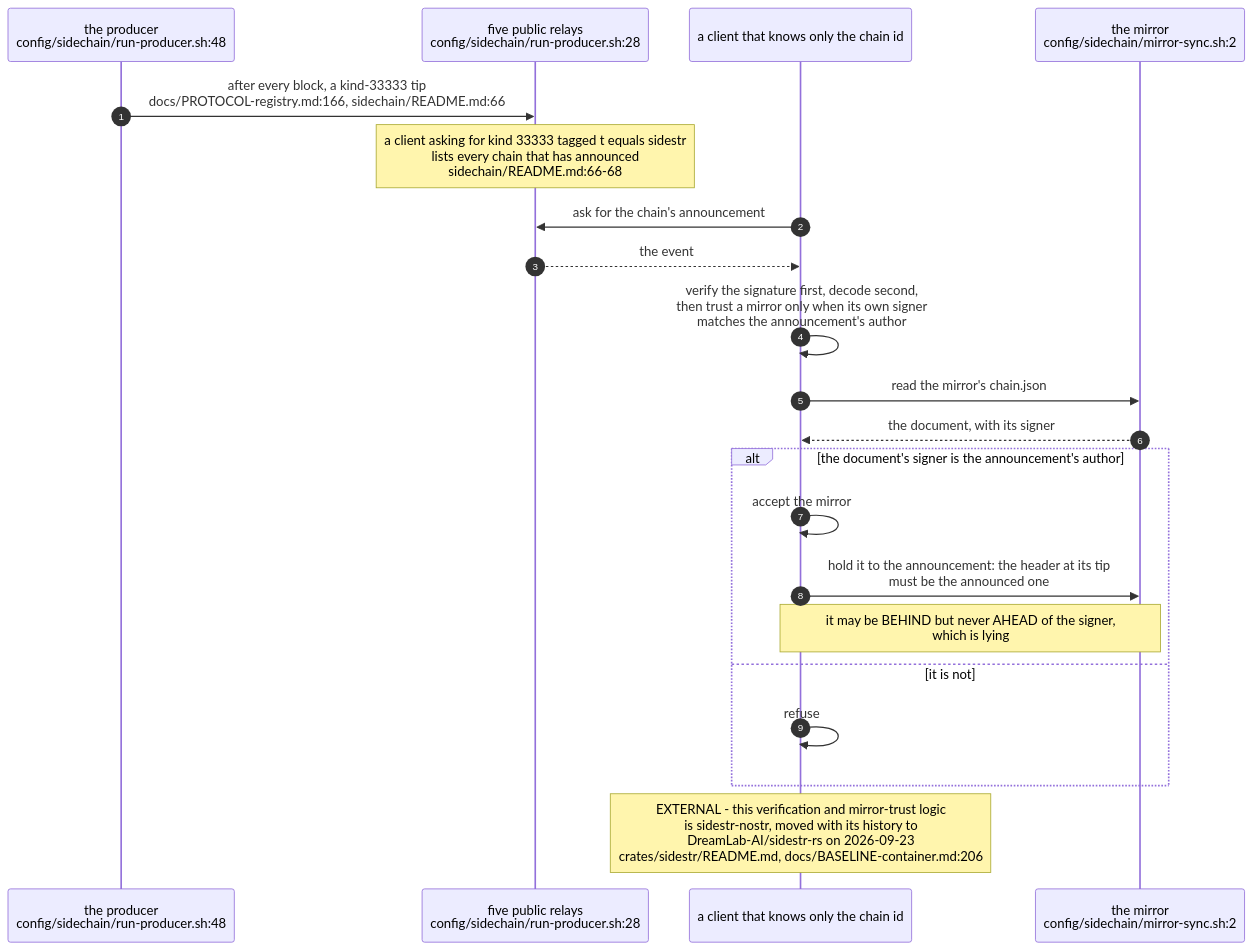
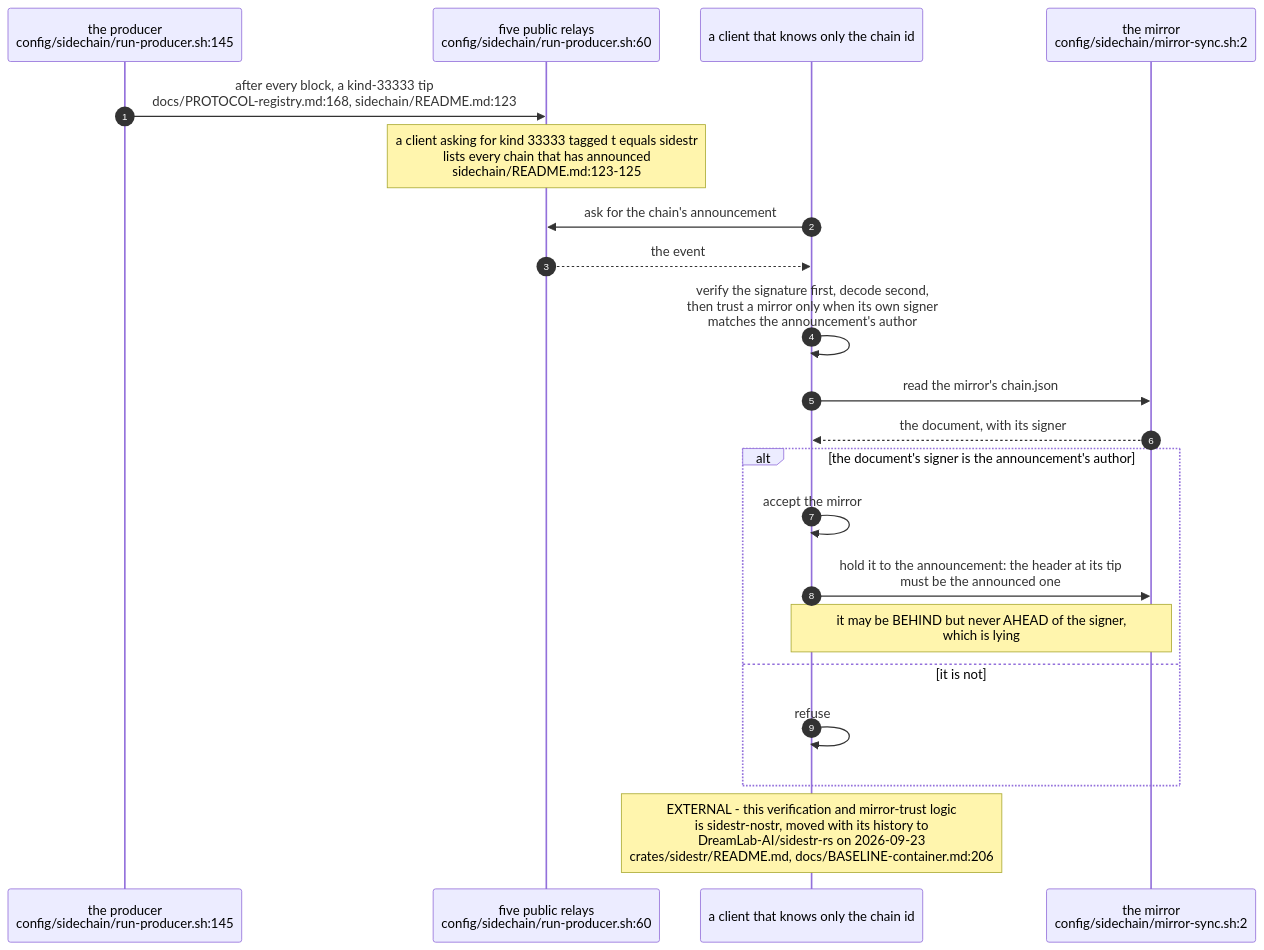
The second of 6 diagrams in docs/diagrams/agentbox/34-sidestr-interim-producer-and-mirror.md (DreamLab-AI/VisionFlow), drawn with Mermaid before and after one commit. The commit also changed other lines of this file and 14 other files, not shown here.

First line of the commit message:
docs(diagrams): custody role isolation — new AB-36, re-stamp 11 topics at the custody integration head

````diff
--- a/docs/diagrams/agentbox/34-sidestr-interim-producer-and-mirror.md
+++ b/docs/diagrams/agentbox/34-sidestr-interim-producer-and-mirror.md
@@ -83,24 +111,24 @@
 ```mermaid
 sequenceDiagram
     autonumber
-    participant PR as the producer<br/>config/sidechain/run-producer.sh:48
-    participant RL as five public relays<br/>config/sidechain/run-producer.sh:28
+    participant PR as the producer<br/>config/sidechain/run-producer.sh:145
+    participant RL as five public relays<br/>config/sidechain/run-producer.sh:60
     participant CL as a client that knows only the chain id
     participant MI as the mirror<br/>config/sidechain/mirror-sync.sh:2
 
-    PR->>RL: after every block, a kind-33333 tip<br/>docs/PROTOCOL-registry.md:166, sidechain/README.md:66
-    Note over RL: a client asking for kind 33333 tagged t equals sidestr<br/>lists every chain that has announced<br/>sidechain/README.md:66-68
+    PR->>RL: after every block, a kind-33333 tip<br/>docs/PROTOCOL-registry.md:168, sidechain/README.md:123
+    Note over RL: a client asking for kind 33333 tagged t equals sidestr<br/>lists every chain that has announced<br/>sidechain/README.md:123-125
     CL->>RL: ask for the chain's announcement
     RL-->>CL: the event
     CL->>CL: verify the signature first, decode second,<br/>then trust a mirror only when its own signer<br/>matches the announcement's author
     CL->>MI: read the mirror's chain.json
     MI-->>CL: the document, with its signer
     alt the document's signer is the announcement's author
         CL->>CL: accept the mirror
         CL->>MI: hold it to the announcement: the header at its tip<br/>must be the announced one
         Note over CL,MI: it may be BEHIND but never AHEAD of the signer,<br/>which is lying
     else it is not
         CL->>CL: refuse
     end
     Note over CL: EXTERNAL - this verification and mirror-trust logic<br/>is sidestr-nostr, moved with its history to<br/>DreamLab-AI/sidestr-rs on 2026-09-23<br/>crates/sidestr/README.md, docs/BASELINE-container.md:206
 ```
````
